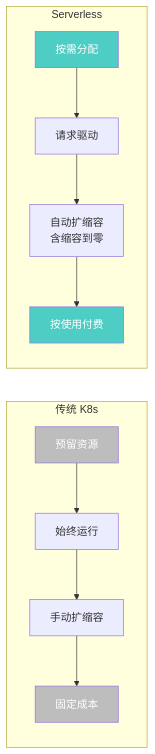
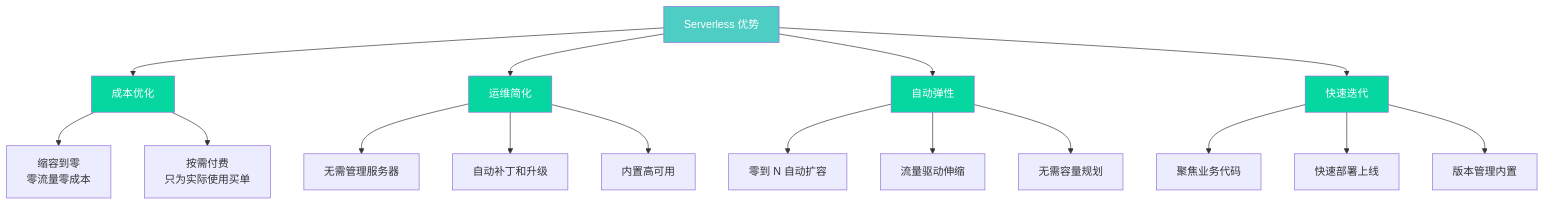
One commit to moklgydocs/moklgydocs.github.io changed the fourth of 23 diagrams in src/运维与部署/Docker_K8s/08_云原生生态/02_Serverless与Knative.md. Above: the diagram before and after it, drawn with Mermaid. The commit also changed other lines of this file and 1 other file, not shown here.

````diff
--- a/src/运维与部署/Docker_K8s/08_云原生生态/02_Serverless与Knative.md
+++ b/src/运维与部署/Docker_K8s/08_云原生生态/02_Serverless与Knative.md
@@ -39,19 +163,28 @@
 ```mermaid
-graph LR
-    subgraph "传统 K8s"
-        A1["预留资源"] --> B1["始终运行"]
-        B1 --> C1["手动扩缩容"]
-        C1 --> D1["固定成本"]
-    end
+graph TB
+    SERVERLESS[Serverless 优势] --> A[成本优化]
+    SERVERLESS --> B[运维简化]
+    SERVERLESS --> C[自动弹性]
+    SERVERLESS --> D[快速迭代]
 
-    subgraph "Serverless"
-        A2["按需分配"] --> B2["请求驱动"]
-        B2 --> C2["自动扩缩容<br/>含缩容到零"]
-        C2 --> D2["按使用付费"]
-    end
+    A --> A1[缩容到零<br/>零流量零成本]
+    A --> A2[按需付费<br/>只为实际使用买单]
 
-    style A2 fill:#4ecdc4,color:#fff
-    style D2 fill:#4ecdc4,color:#fff
-    style A1 fill:#bdbdbd,color:#fff
-    style D1 fill:#bdbdbd,color:#fff
+    B --> B1[无需管理服务器]
+    B --> B2[自动补丁和升级]
+    B --> B3[内置高可用]
+
+    C --> C1[零到 N 自动扩容]
+    C --> C2[流量驱动伸缩]
+    C --> C3[无需容量规划]
+
+    D --> D1[聚焦业务代码]
+    D --> D2[快速部署上线]
+    D --> D3[版本管理内置]
+
+    style SERVERLESS fill:#4ecdc4,color:#fff
+    style A fill:#06d6a0,color:#fff
+    style B fill:#06d6a0,color:#fff
+    style C fill:#06d6a0,color:#fff
+    style D fill:#06d6a0,color:#fff
 ```
````
